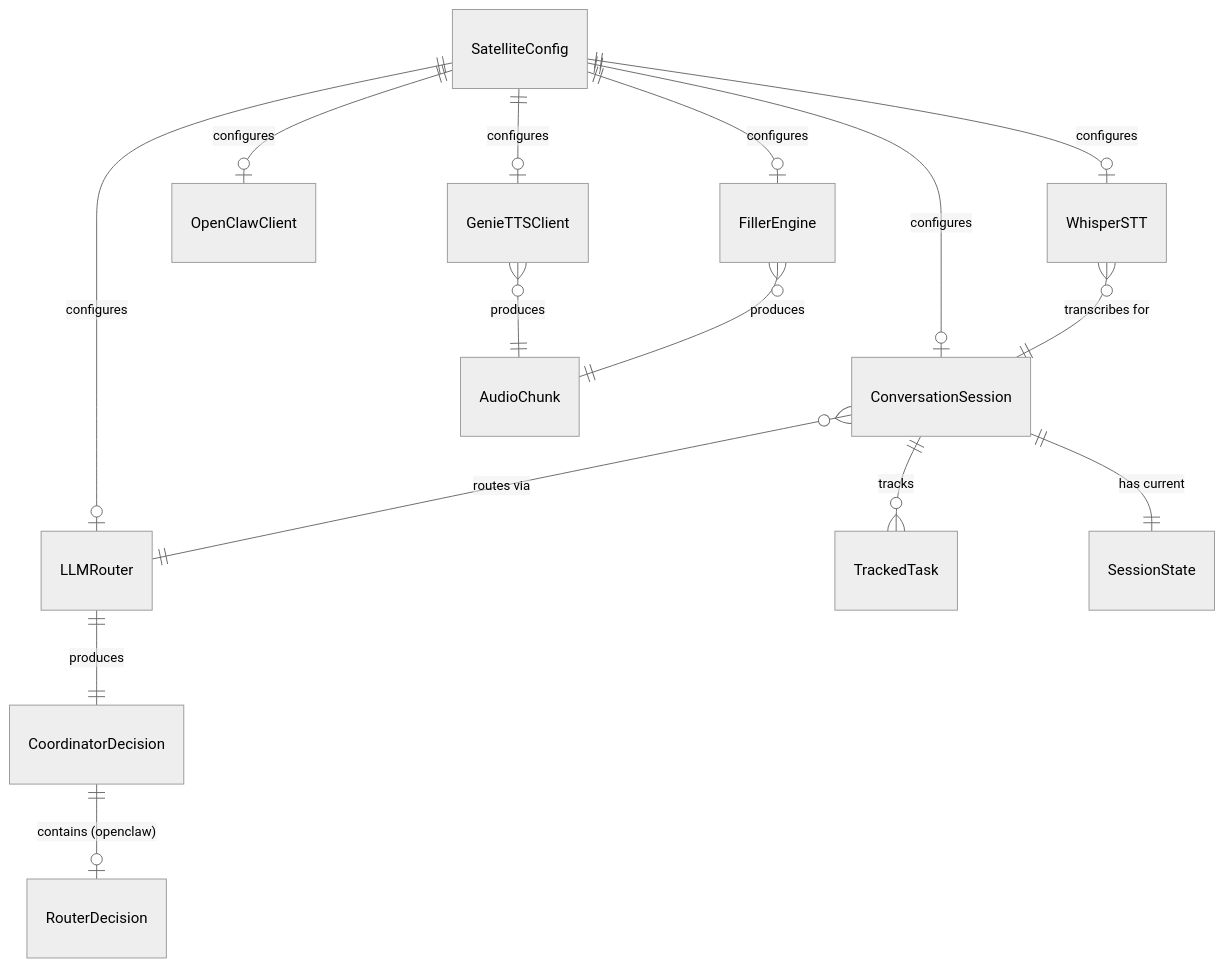
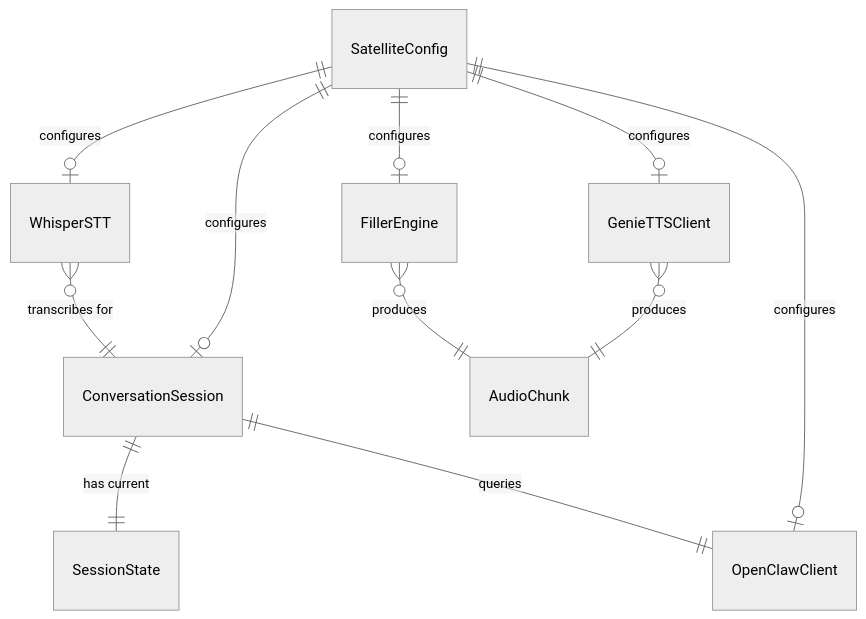
The diagram in specs/001-voice-satellite-core/data-model.md (aiden-isaac/vocascade), drawn with Mermaid (neutral theme) before and after one commit. The commit also changed other lines of this file and 7 other files, not shown here.

First line of the commit message:
docs: update specs for OpenClaw-only backend and Phase 8 tasks

````diff
--- a/specs/001-voice-satellite-core/data-model.md
+++ b/specs/001-voice-satellite-core/data-model.md
@@ -106,17 +75,13 @@
 ```mermaid
 erDiagram
     SatelliteConfig ||--o| ConversationSession : "configures"
     SatelliteConfig ||--o| GenieTTSClient : "configures"
     SatelliteConfig ||--o| OpenClawClient : "configures"
-    SatelliteConfig ||--o| LLMRouter : "configures"
     SatelliteConfig ||--o| WhisperSTT : "configures"
     SatelliteConfig ||--o| FillerEngine : "configures"
-    ConversationSession ||--o{ TrackedTask : "tracks"
     ConversationSession ||--|| SessionState : "has current"
-    ConversationSession }o--|| LLMRouter : "routes via"
-    LLMRouter ||--|| CoordinatorDecision : "produces"
-    CoordinatorDecision ||--o| RouterDecision : "contains (openclaw)"
+    ConversationSession ||--|| OpenClawClient : "queries"
     GenieTTSClient }o--|| AudioChunk : "produces"
     FillerEngine }o--|| AudioChunk : "produces"
     WhisperSTT }o--|| ConversationSession : "transcribes for"
 ```
````
